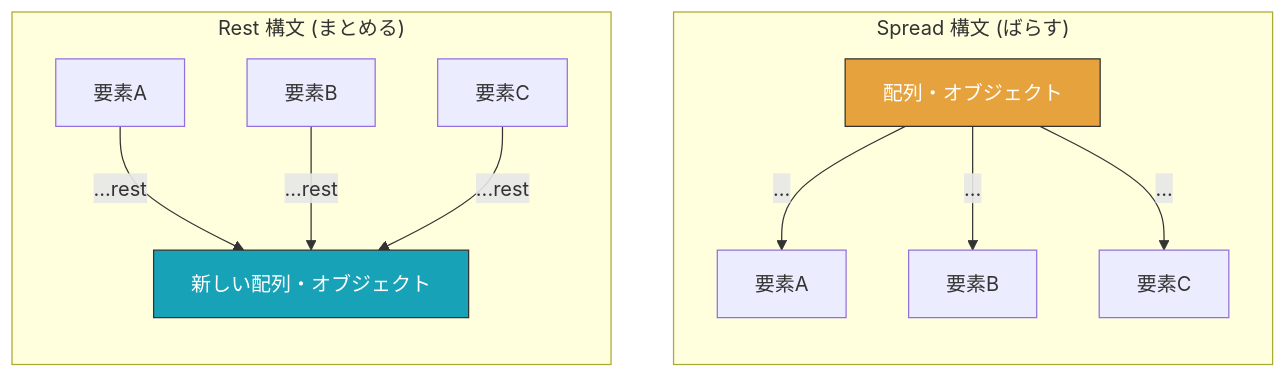
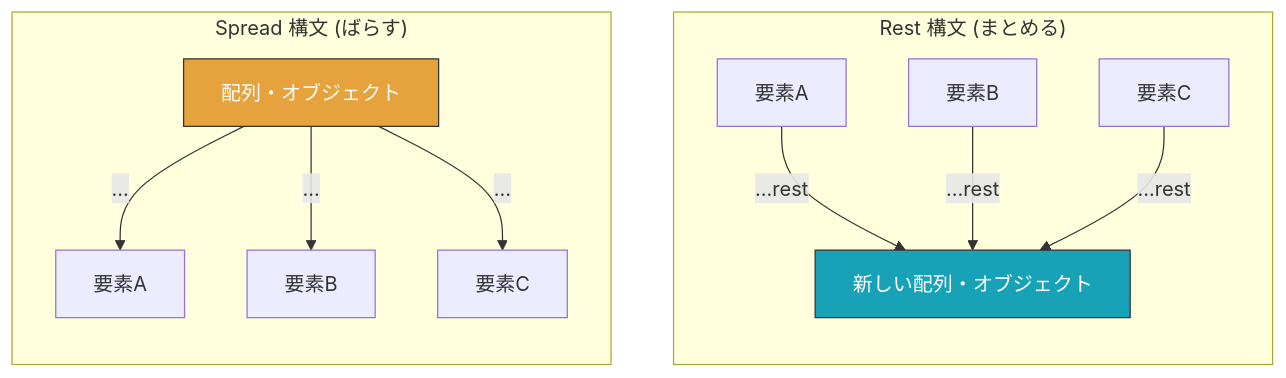
Before and after one commit to komiyamma/site_ichika_destruct-spread-named-rest: the diagram in D04.md, drawn with Mermaid. The commit also changed 1 other file, not shown here.

Commit message:
docs(diagrams): RestとSpread図のラベルを再配置

````diff
--- a/D04.md
+++ b/D04.md
@@ -151,15 +151,16 @@
 ```mermaid
 flowchart TD
+    subgraph Rest["Rest 構文 (まとめる)"]
+    direction TB
+    ItemX[要素A] & ItemY[要素B] & ItemZ[要素C] -- ...rest --> Box2[新しい配列・オブジェクト]
+    end
+
     subgraph Spread["Spread 構文 (ばらす)"]
     direction TB
     Box1[配列・オブジェクト] -- ... --> Item1[要素A] & Item2[要素B] & Item3[要素C]
     end
 
-    subgraph Rest["Rest 構文 (まとめる)"]
-    direction TB
-    ItemX[要素A] & ItemY[要素B] & ItemZ[要素C] -- ...rest --> Box2[新しい配列・オブジェクト]
-    end
     
     style Box1 fill:#e6a23c,stroke:#333,color:#fff
     style Box2 fill:#17a2b8,stroke:#333,color:#fff
 ```
````
